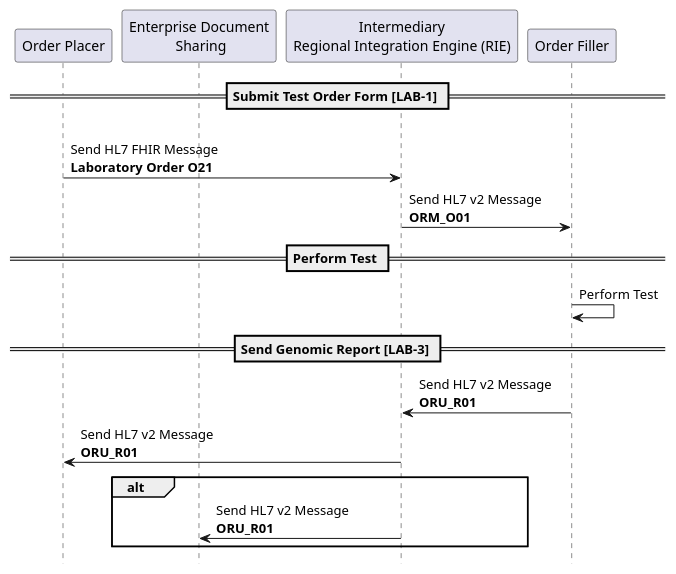
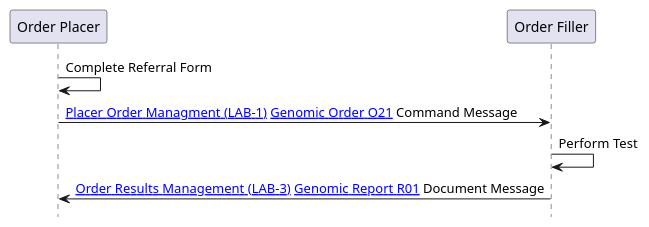
Before and after one commit to nw-gmsa/nw-gmsa.github.com: the diagram in input/images-source/LTW-now-sequence.plantuml, drawn with PlantUML. The commit also changed 1 other file, not shown here.

Commit message:
Documentation of Lab Report options

```diff
--- a/input/images-source/LTW-now-sequence.plantuml
+++ b/input/images-source/LTW-now-sequence.plantuml
@@ -1,29 +1,15 @@
 @startuml
 
 hide footbox
 
 participant "Order Placer" as EPR
-participant "Enterprise Document\n Sharing" as XDS
-participant "Intermediary\nRegional Integration Engine (RIE)" as TIE
 participant "Order Filler" as LIMS
 
-== Submit Test Order Form [LAB-1] ==
 
-EPR -> TIE: \nSend HL7 FHIR Message\n**Laboratory Order O21**
-TIE -> LIMS: Send HL7 v2 Message\n**ORM_O01**
+EPR -> EPR: Complete Referral Form
+EPR -> LIMS: [[LAB-1.html Placer Order Managment (LAB-1)]] [[DDD-TestOrder.html Genomic Order O21]] Command Message
+LIMS -> LIMS: Perform Test
+LIMS -> EPR: [[LAB-3.html Order Results Management (LAB-3)]] [[DDD-TestReport.html Genomic Report R01]] Document Message
 
-== Perform Test ==
-
-LIMS -> LIMS: Perform Test
-
-== Send Genomic Report [LAB-3] ==
-
-LIMS -> TIE: Send HL7 v2 Message\n**ORU_R01**
-
-TIE -> EPR: Send HL7 v2 Message\n**ORU_R01**
-
-alt
-TIE -> XDS: Send HL7 v2 Message\n**ORU_R01**
-end
 
 @enduml
```
